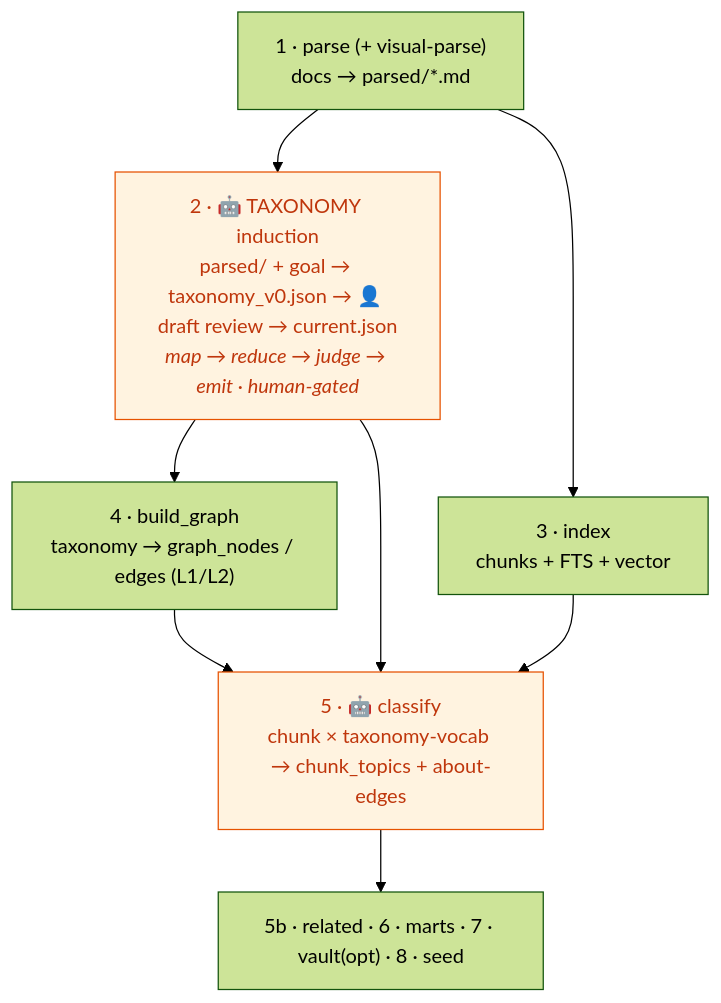
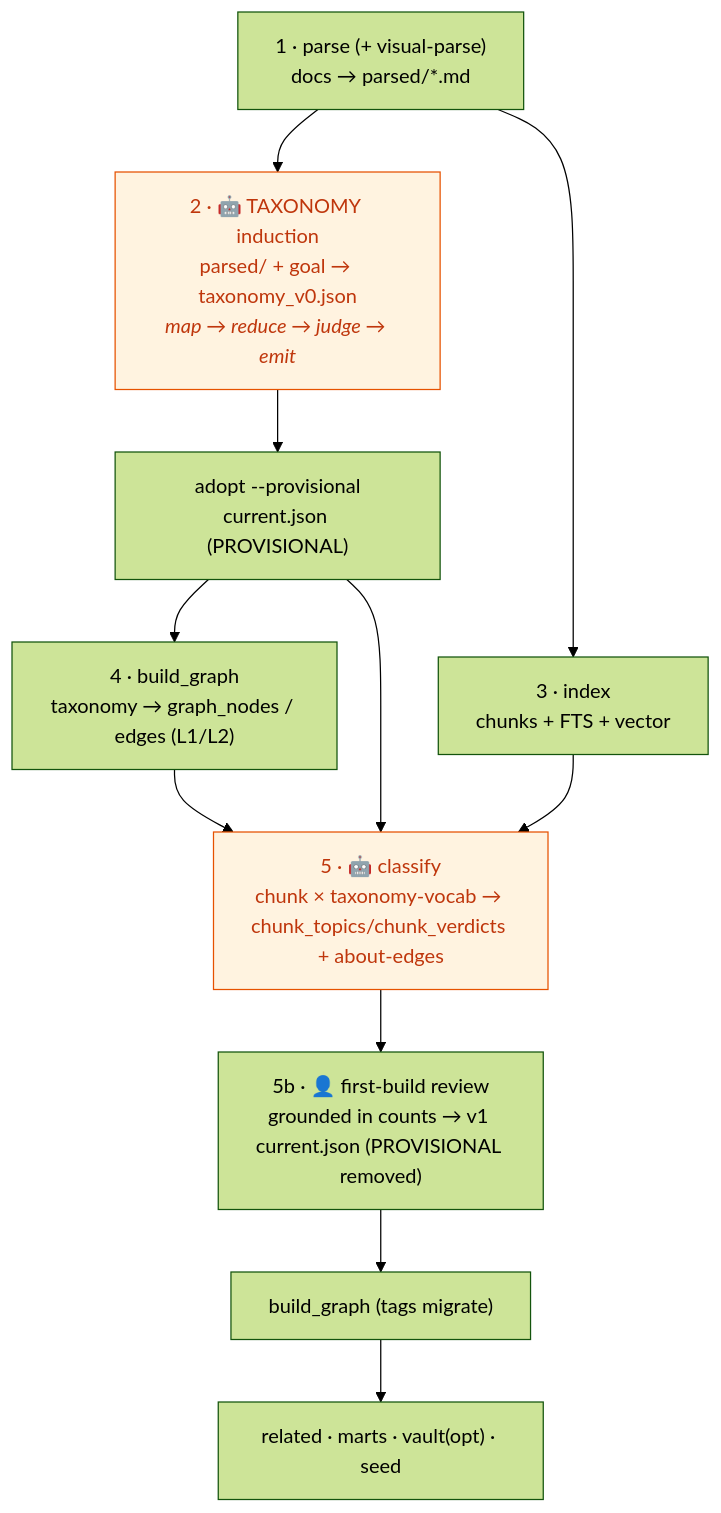
One commit to onetest-ai/applied_skills changed the sixth of 7 diagrams in bundles/brain/README.md. Above: the diagram before and after it, drawn with Mermaid (forest theme). The commit also changed other lines of this file and 6 other files, not shown here.

First line of the commit message:
docs(brain): 0.9.0 — first-build review after classification, grounded in counts

````diff
--- a/bundles/brain/README.md
+++ b/bundles/brain/README.md
@@ -412,13 +412,16 @@
 ```mermaid
 flowchart TD
-    P["1 · parse (+ visual-parse)<br/>docs → parsed/*.md"] --> TX["2 · 🤖 TAXONOMY induction<br/>parsed/ + goal → taxonomy_v0.json → 👤 draft review → current.json<br/><i>map → reduce → judge → emit · human-gated</i>"]
+    P["1 · parse (+ visual-parse)<br/>docs → parsed/*.md"] --> TX["2 · 🤖 TAXONOMY induction<br/>parsed/ + goal → taxonomy_v0.json<br/><i>map → reduce → judge → emit</i>"]
+    TX --> AD["adopt --provisional<br/>current.json (PROVISIONAL)"]
     P --> IDX["3 · index<br/>chunks + FTS + vector"]
-    TX --> G["4 · build_graph<br/>taxonomy → graph_nodes / edges (L1/L2)"]
-    TX --> CL["5 · 🤖 classify<br/>chunk × taxonomy-vocab → chunk_topics + about-edges"]
+    AD --> G["4 · build_graph<br/>taxonomy → graph_nodes / edges (L1/L2)"]
+    AD --> CL["5 · 🤖 classify<br/>chunk × taxonomy-vocab → chunk_topics/chunk_verdicts + about-edges"]
     IDX --> CL
     G --> CL
-    CL --> R["5b · related · 6 · marts · 7 · vault(opt) · 8 · seed"]
+    CL --> FR["5b · 👤 first-build review<br/>grounded in counts → v1 current.json (PROVISIONAL removed)"]
+    FR --> G2["build_graph (tags migrate)"]
+    G2 --> R["related · marts · vault(opt) · seed"]
 
     classDef ag fill:#fff3e0,stroke:#e65100,color:#bf360c;
     class TX,CL ag
 ```
````
